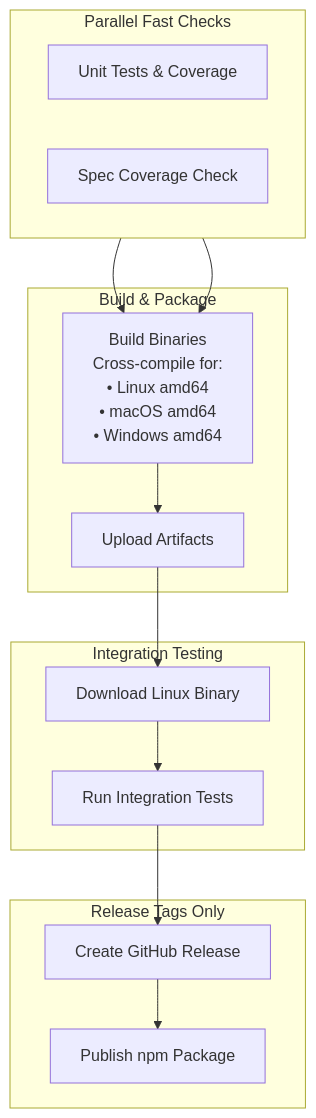
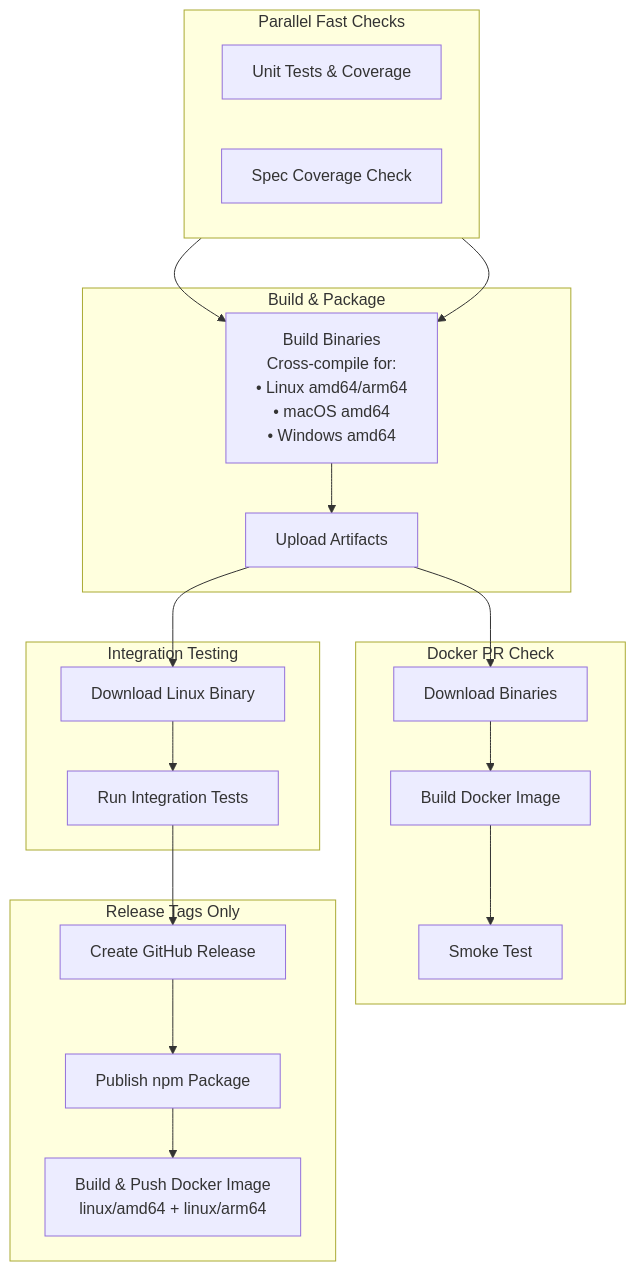
One commit to mamonth/oasmock changed the first of 2 diagrams in docs/ci-cd.md. Above: the diagram before and after it, drawn with Mermaid. The commit also changed other lines of this file and 6 other files, not shown here.

Commit message:
Add docker image build on release

````diff
--- a/docs/ci-cd.md
+++ b/docs/ci-cd.md
@@ -17,31 +17,42 @@
 ```mermaid
 flowchart TD
     subgraph P1["Parallel Fast Checks"]
         direction LR
         A[Unit Tests & Coverage]
         B[Spec Coverage Check]
     end
 
     subgraph P2["Build & Package"]
-        C[Build Binaries<br/>Cross-compile for:<br/>• Linux amd64<br/>• macOS amd64<br/>• Windows amd64]
+        C[Build Binaries<br/>Cross-compile for:<br/>• Linux amd64/arm64<br/>• macOS amd64<br/>• Windows amd64]
         D[Upload Artifacts]
     end
 
     subgraph P3["Integration Testing"]
         E[Download Linux Binary]
         F[Run Integration Tests]
     end
 
+    subgraph P3b["Docker PR Check"]
+        G2[Download Binaries]
+        H2[Build Docker Image]
+        I2[Smoke Test]
+    end
+
     subgraph P4["Release Tags Only"]
         G[Create GitHub Release]
         H[Publish npm Package]
+        J[Build & Push Docker Image<br/>linux/amd64 + linux/arm64]
     end
 
     A --> C
     B --> C
     C --> D
     D --> E
     E --> F
+    D --> G2
+    G2 --> H2
+    H2 --> I2
     F --> G
     G --> H
+    H --> J
 ```
````
